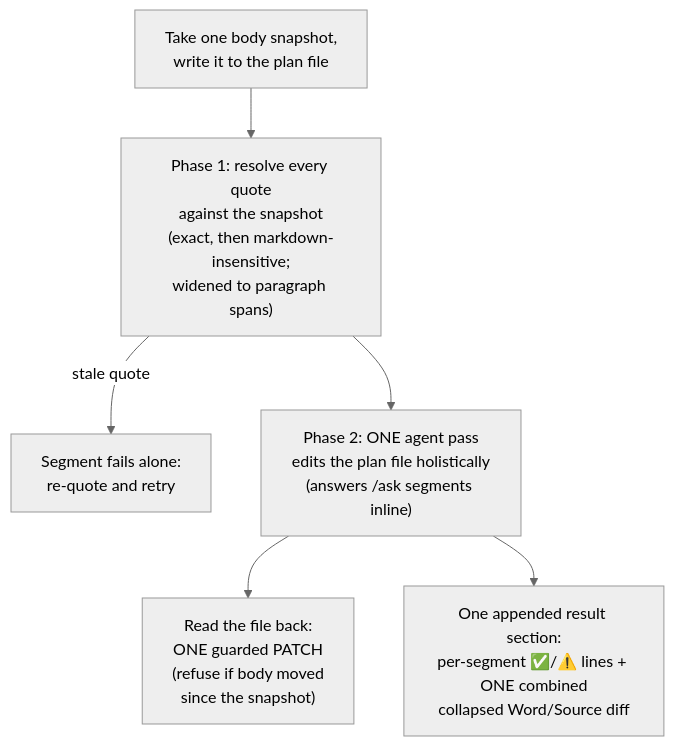
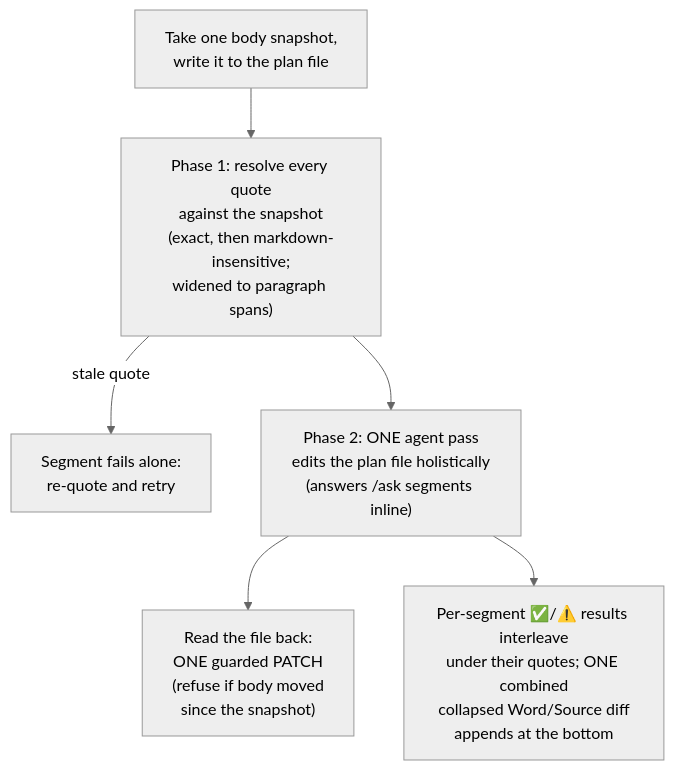
Before and after one commit to d3mlabs/ai-flow: the fourth of 5 diagrams in docs/architecture.md, drawn with Mermaid (neutral theme). The commit also changed other lines of this file and 7 other files, not shown here.

First line of the commit message:
Interleave per-segment results under their quotes again

````diff
--- a/docs/architecture.md
+++ b/docs/architecture.md
@@ -151,8 +151,8 @@
 ```mermaid
 flowchart TD
     snapshot["Take one body snapshot,<br/>write it to the plan file"] --> resolve["Phase 1: resolve every quote<br/>against the snapshot<br/>(exact, then markdown-insensitive;<br/>widened to paragraph spans)"]
     resolve -->|stale quote| staleResult["Segment fails alone:<br/>re-quote and retry"]
     resolve --> agentPass["Phase 2: ONE agent pass<br/>edits the plan file holistically<br/>(answers /ask segments inline)"]
     agentPass --> patch["Read the file back:<br/>ONE guarded PATCH<br/>(refuse if body moved<br/>since the snapshot)"]
-    agentPass --> results["One appended result section:<br/>per-segment ✅/⚠️ lines + ONE combined<br/>collapsed Word/Source diff"]
+    agentPass --> results["Per-segment ✅/⚠️ results interleave<br/>under their quotes; ONE combined<br/>collapsed Word/Source diff<br/>appends at the bottom"]
 ```
````
